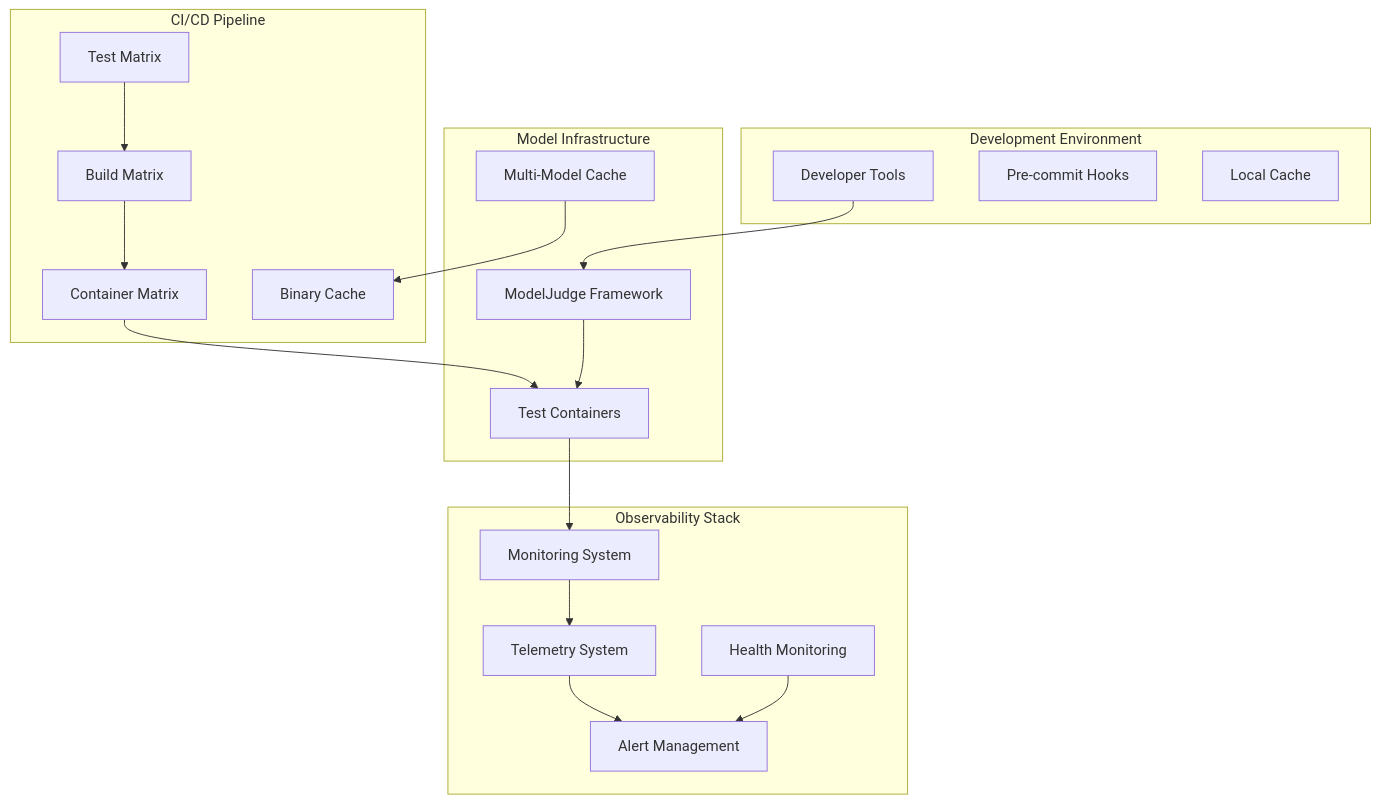
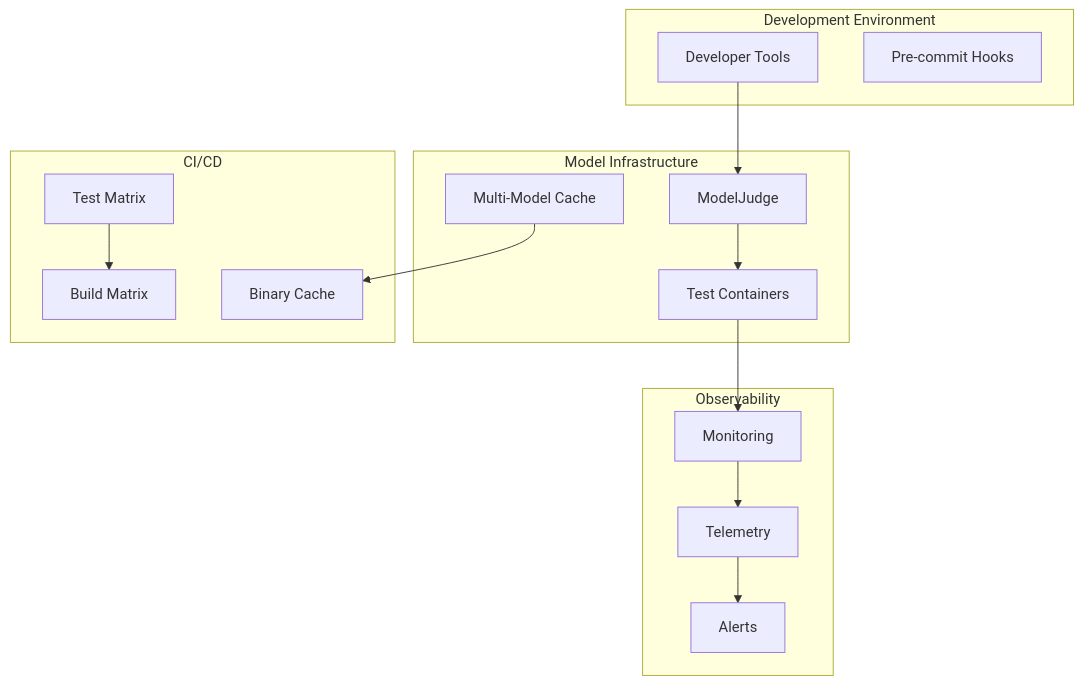
The diagram in docs/poc-system-overview.md (DominicBurkart/nanna-coder), drawn with Mermaid before and after one commit. The commit also changed other lines of this file and 6 other files, not shown here.

````diff
--- a/docs/poc-system-overview.md
+++ b/docs/poc-system-overview.md
@@ -29,40 +18,32 @@
 ```mermaid
 graph TB
     subgraph "Development Environment"
         DEV[Developer Tools]
         HOOKS[Pre-commit Hooks]
-        CACHE[Local Cache]
     end
 
     subgraph "Model Infrastructure"
-        JUDGE[ModelJudge Framework]
+        JUDGE[ModelJudge]
         CACHE_SYS[Multi-Model Cache]
         CONTAINERS[Test Containers]
     end
 
-    subgraph "Observability Stack"
-        MONITOR[Monitoring System]
-        TELEMETRY[Telemetry System]
-        ALERTS[Alert Management]
-        HEALTH[Health Monitoring]
+    subgraph "Observability"
+        MONITOR[Monitoring]
+        TELEMETRY[Telemetry]
+        ALERTS[Alerts]
     end
 
-    subgraph "CI/CD Pipeline"
+    subgraph "CI/CD"
         MATRIX[Test Matrix]
         BUILD[Build Matrix]
-        DEPLOY[Container Matrix]
         BINARY_CACHE[Binary Cache]
     end
 
     DEV --> JUDGE
     JUDGE --> CONTAINERS
     CONTAINERS --> MONITOR
-    MONITOR --> TELEMETRY
-    TELEMETRY --> ALERTS
-    HEALTH --> ALERTS
-
+    MONITOR --> TELEMETRY --> ALERTS
     CACHE_SYS --> BINARY_CACHE
     MATRIX --> BUILD
-    BUILD --> DEPLOY
-    DEPLOY --> CONTAINERS
 ```
````
